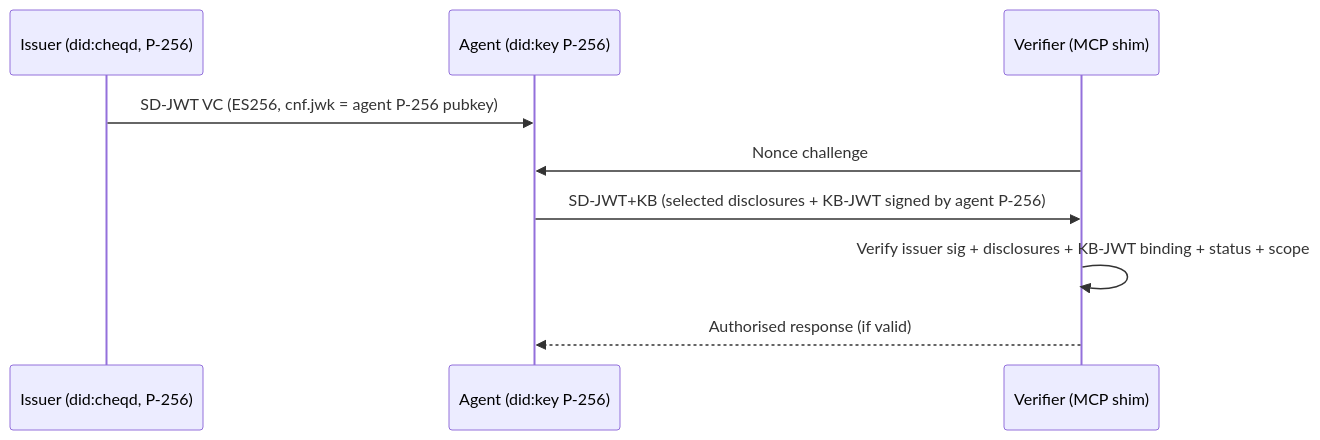
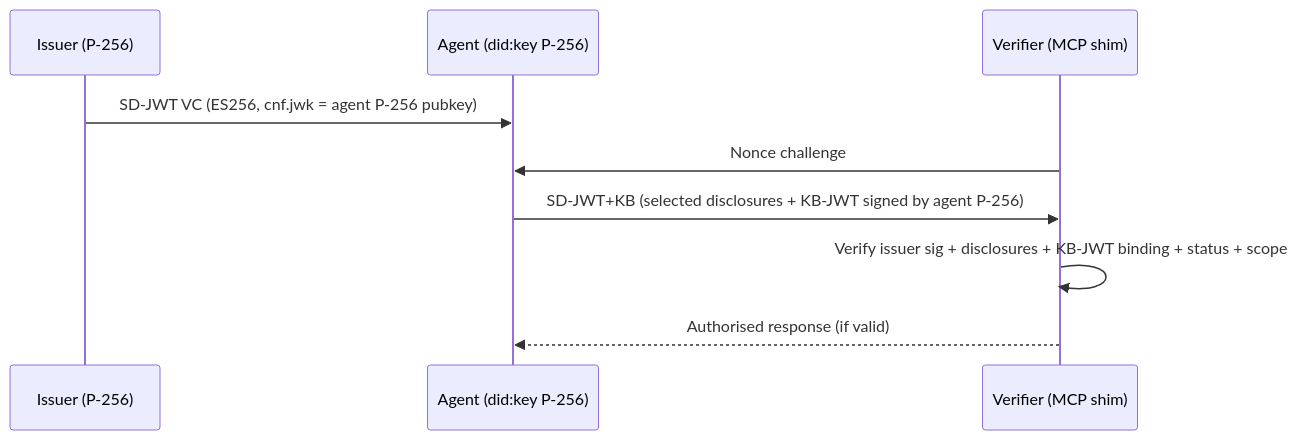
The diagram in I2H2A-v0.2-draft.md (UltraQuamfy/I2H2A-spec), drawn with Mermaid before and after one commit. The commit also changed other lines of this file and 6 other files, not shown here.

First line of the commit message:
fix: remove platform dependencies and did:cheqd from normative spec — DID-method agnostic throughout

````diff
--- a/I2H2A-v0.2-draft.md
+++ b/I2H2A-v0.2-draft.md
@@ -422,12 +410,12 @@
 ```mermaid
 sequenceDiagram
-  participant I as Issuer (did:cheqd, P-256)
+  participant I as Issuer (P-256)
   participant A as Agent (did:key P-256)
   participant V as Verifier (MCP shim)
 
   I->>A: SD-JWT VC (ES256, cnf.jwk = agent P-256 pubkey)
   V->>A: Nonce challenge
   A->>V: SD-JWT+KB (selected disclosures + KB-JWT signed by agent P-256)
   V->>V: Verify issuer sig + disclosures + KB-JWT binding + status + scope
   V-->>A: Authorised response (if valid)
 ```
````
